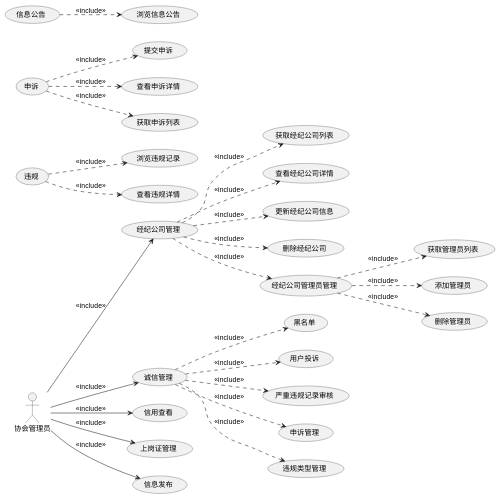
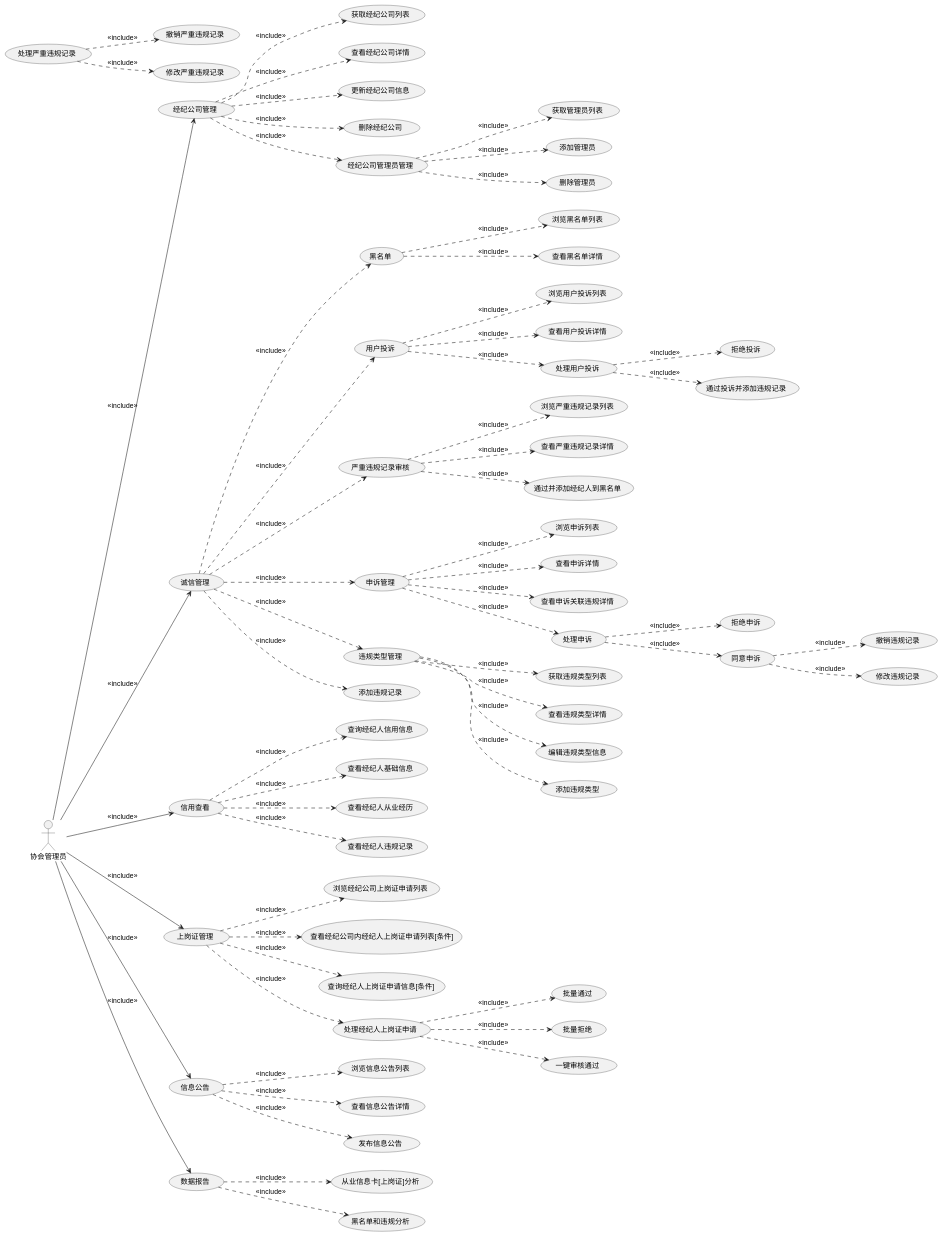
One commit to evildoerX/hyperledger-credit changed the eighth of 11 diagrams in docs/credit/README.md. Above: the diagram before and after it, drawn with PlantUML. The commit also changed other lines of this file, not shown here.

```diff
--- a/docs/credit/README.md
+++ b/docs/credit/README.md
@@ -252,27 +252,63 @@
 @startuml
 left to right direction
 协会管理员 --> (经纪公司管理): <<include>>
 (经纪公司管理) ..> (获取经纪公司列表): <<include>>
 (经纪公司管理) ..> (查看经纪公司详情): <<include>>
 (经纪公司管理) ..> (更新经纪公司信息): <<include>>
 (经纪公司管理) ..> (删除经纪公司): <<include>>
 (经纪公司管理) ..> (经纪公司管理员管理): <<include>>
 (经纪公司管理员管理) ..> (获取管理员列表): <<include>>
 (经纪公司管理员管理) ..> (添加管理员): <<include>>
 (经纪公司管理员管理) ..> (删除管理员): <<include>>
 协会管理员 --> (诚信管理): <<include>>
 (诚信管理) ..> (黑名单): <<include>>
+(黑名单) ..> (浏览黑名单列表): <<include>>
+(黑名单) ..> (查看黑名单详情): <<include>>
 (诚信管理) ..> (用户投诉): <<include>>
+(用户投诉) ..> (浏览用户投诉列表): <<include>>
+(用户投诉) ..> (查看用户投诉详情): <<include>>
+(用户投诉) ..> (处理用户投诉): <<include>>
+(处理用户投诉) ..> (拒绝投诉): <<include>>
+(处理用户投诉) ..> (通过投诉并添加违规记录): <<include>>
 (诚信管理) ..> (严重违规记录审核): <<include>>
+(严重违规记录审核) ..> (浏览严重违规记录列表): <<include>>
+(严重违规记录审核) ..> (查看严重违规记录详情): <<include>>
+(严重违规记录审核) ..> (通过并添加经纪人到黑名单): <<include>>
+(处理严重违规记录) ..> (撤销严重违规记录): <<include>>
+(处理严重违规记录) ..> (修改严重违规记录): <<include>>
 (诚信管理) ..> (申诉管理): <<include>>
+(申诉管理) ..> (浏览申诉列表): <<include>>
+(申诉管理) ..> (查看申诉详情): <<include>>
+(申诉管理) ..> (查看申诉关联违规详情): <<include>>
+(申诉管理) ..> (处理申诉): <<include>>
+(处理申诉) ..> (拒绝申诉): <<include>>
+(处理申诉) ..> (同意申诉): <<include>>
+(同意申诉) ..> (撤销违规记录): <<include>>
+(同意申诉) ..> (修改违规记录): <<include>>
 (诚信管理) ..> (违规类型管理): <<include>>
+(违规类型管理) ..> (获取违规类型列表): <<include>>
+(违规类型管理) ..> (查看违规类型详情): <<include>>
+(违规类型管理) ..> (编辑违规类型信息): <<include>>
+(违规类型管理) ..> (添加违规类型): <<include>>
+(诚信管理) ..> (添加违规记录): <<include>>
 协会管理员 --> (信用查看): <<include>>
-(违规) ..> (浏览违规记录): <<include>>
-(违规) ..> (查看违规详情): <<include>>
+(信用查看) ..> (查询经纪人信用信息): <<include>>
+(信用查看) ..> (查看经纪人基础信息): <<include>>
+(信用查看) ..> (查看经纪人从业经历): <<include>>
+(信用查看) ..> (查看经纪人违规记录): <<include>>
 协会管理员 --> (上岗证管理): <<include>>
-(申诉) ..> (提交申诉): <<include>>
-(申诉) ..> (查看申诉详情): <<include>>
-(申诉) ..> (获取申诉列表): <<include>>
-协会管理员 --> (信息发布): <<include>>
-(信息公告) ..> (浏览信息公告): <<include>>
+(上岗证管理) ..> (浏览经纪公司上岗证申请列表): <<include>>
+(上岗证管理) ..> (查看经纪公司内经纪人上岗证申请列表[条件]): <<include>>
+(上岗证管理) ..> (查询经纪人上岗证申请信息[条件]): <<include>>
+(上岗证管理) ..> (处理经纪人上岗证申请): <<include>>
+(处理经纪人上岗证申请) ..> (批量通过): <<include>>
+(处理经纪人上岗证申请) ..> (批量拒绝): <<include>>
+(处理经纪人上岗证申请) ..> (一键审核通过): <<include>>
+协会管理员 --> (信息公告): <<include>>
+(信息公告) ..> (浏览信息公告列表): <<include>>
+(信息公告) ..> (查看信息公告详情): <<include>>
+(信息公告) ..> (发布信息公告): <<include>>
+协会管理员 --> (数据报告): <<include>>
+(数据报告) ..> (从业信息卡[上岗证]分析): <<include>>
+(数据报告) ..> (黑名单和违规分析): <<include>>
 @enduml
```
